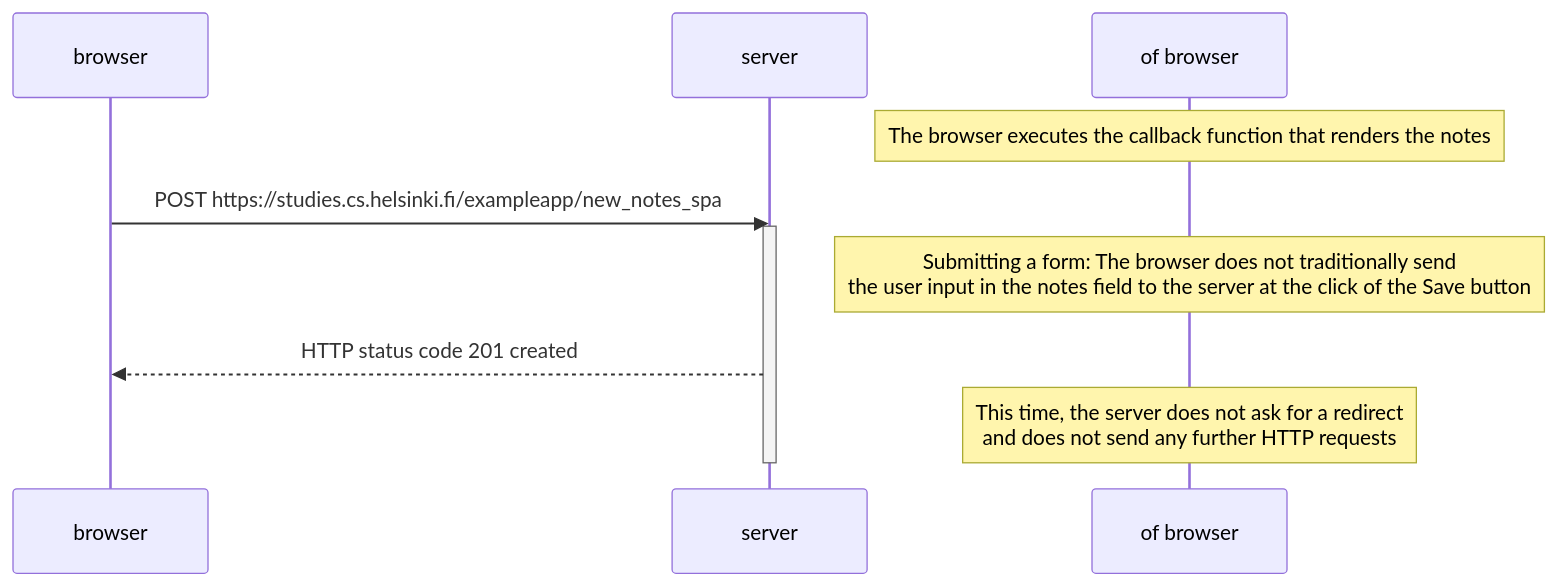
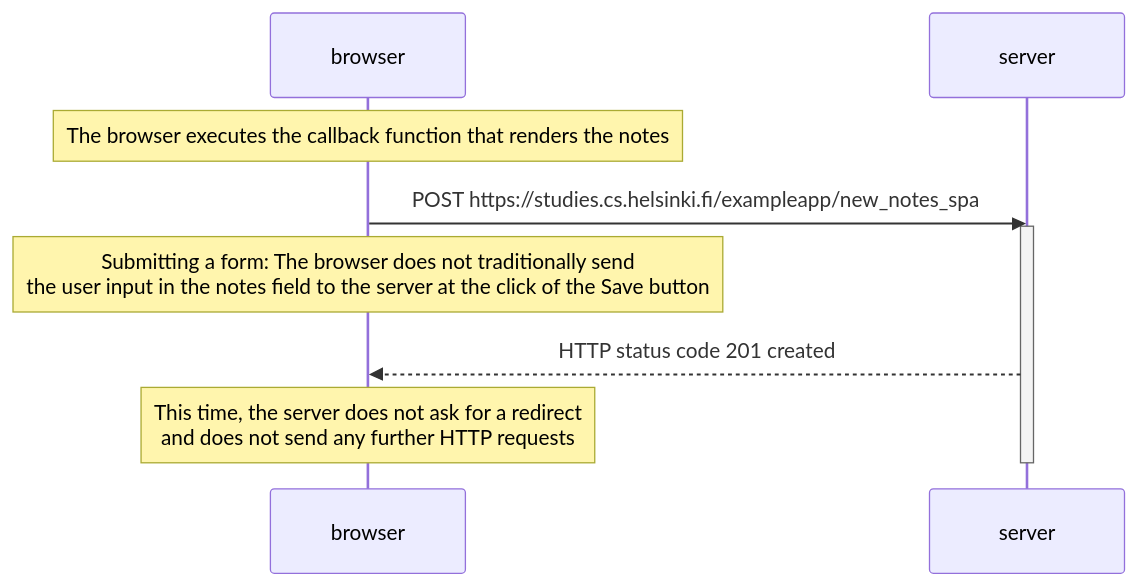
The diagram in part0/newNoteInSpaDiagram.md (CeeJayyy007/fullstackopen), drawn with Mermaid before and after one commit.

````diff
--- a/part0/newNoteInSpaDiagram.md
+++ b/part0/newNoteInSpaDiagram.md
@@ -1,18 +1,18 @@
 ```mermaid
 sequenceDiagram
     participant browser
     participant server
 
-    Note over of browser: The browser executes the callback function that renders the notes
+    Note over browser: The browser executes the callback function that renders the notes
 
     browser->>server: POST https://studies.cs.helsinki.fi/exampleapp/new_notes_spa 
     activate server
     
-    Note over of browser: Submitting a form: The browser does not traditionally send <br/>the user input in the notes field to the server at the click of the Save button
+    Note over browser: Submitting a form: The browser does not traditionally send <br/>the user input in the notes field to the server at the click of the Save button
 
     server-->>browser: HTTP status code 201 created
-    Note over of browser: This time, the server does not ask for a redirect <br/>and does not send any further HTTP requests
+    Note over browser: This time, the server does not ask for a redirect <br/>and does not send any further HTTP requests
     deactivate server
 
 
 ```
````
